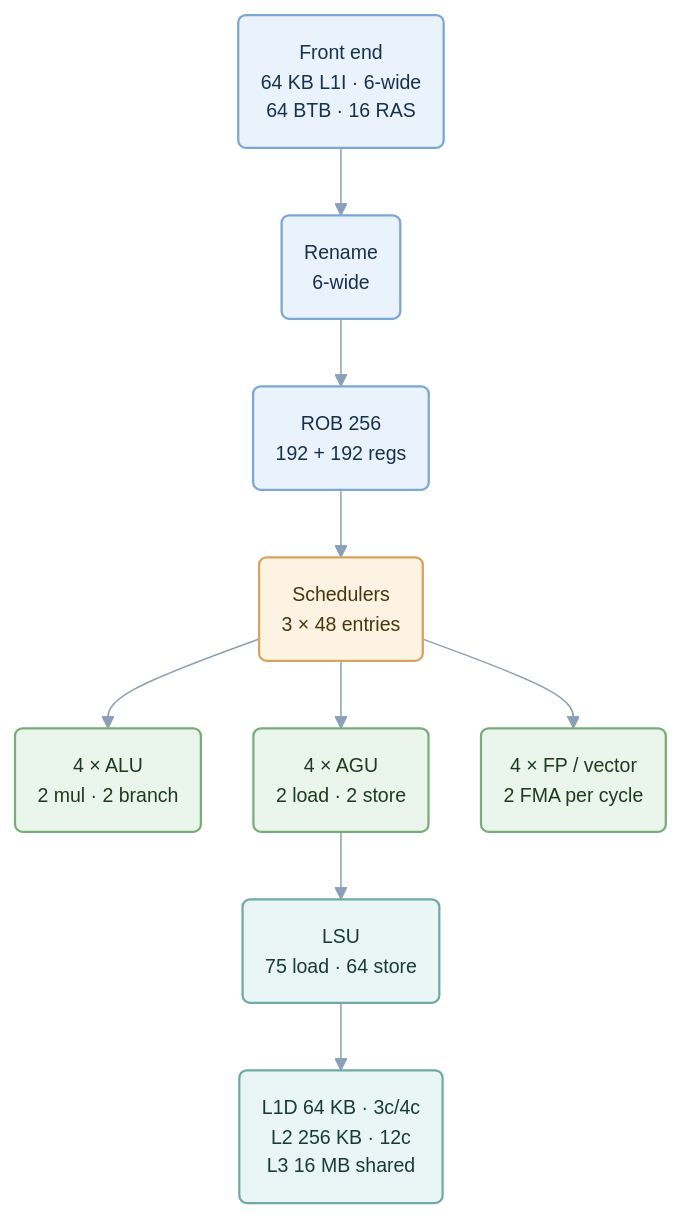
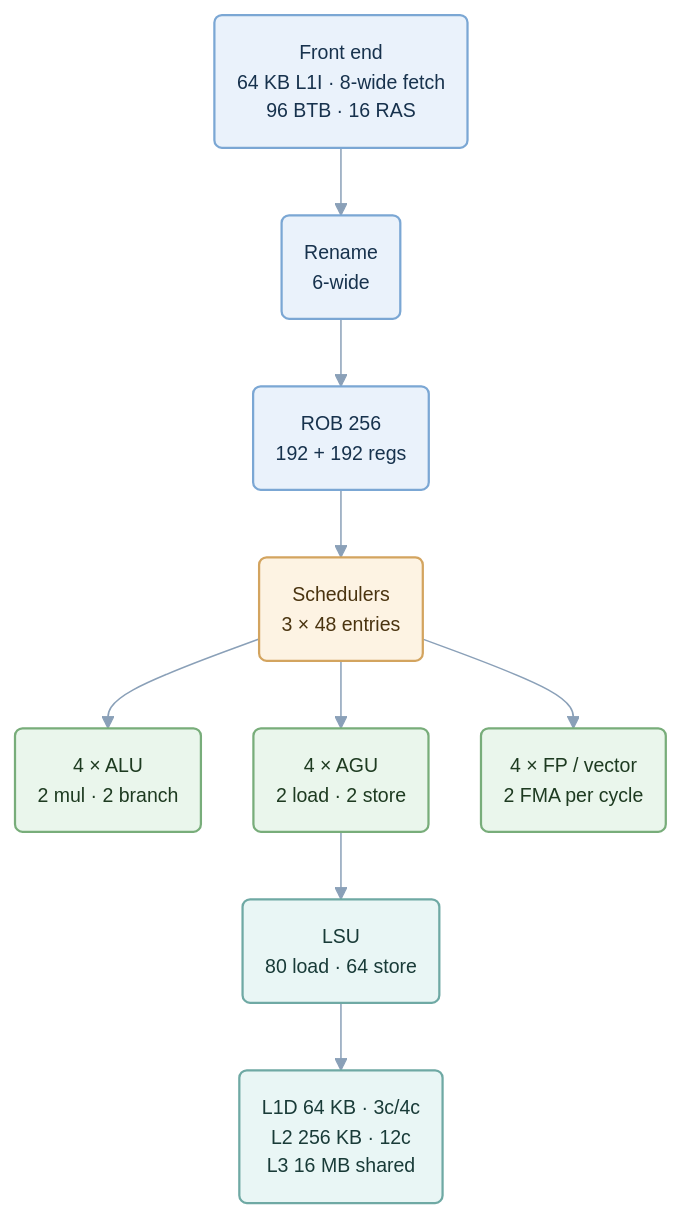
Before and after one commit to jiegec/unofficial-loongarch-software-optimization-guide: the first of 2 diagrams in docs/microarchitecture/block-diagram.md, drawn with Mermaid. The commit also changed other lines of this file and 2 other files, not shown here.

````diff
--- a/docs/microarchitecture/block-diagram.md
+++ b/docs/microarchitecture/block-diagram.md
@@ -11,29 +11,29 @@
 ```mermaid
 %%{init: {"theme":"base","flowchart":{"curve":"basis","nodeSpacing":35,"rankSpacing":45},"themeVariables":{"fontFamily":"Inter, Helvetica, Arial, sans-serif","fontSize":"13px","lineColor":"#8aa0b8","primaryTextColor":"#1f2937"}}}%%
 flowchart TB
-  FE("Front end<br/>64 KB L1I · 6-wide<br/>64 BTB · 16 RAS")
+  FE("Front end<br/>64 KB L1I · 8-wide fetch<br/>96 BTB · 16 RAS")
   REN("Rename<br/>6-wide")
   ROB("ROB 256<br/>192 + 192 regs")
   SCH("Schedulers<br/>3 × 48 entries")
   ALU("4 × ALU<br/>2 mul · 2 branch")
   AGU("4 × AGU<br/>2 load · 2 store")
   FPV("4 × FP / vector<br/>2 FMA per cycle")
-  LSU("LSU<br/>75 load · 64 store")
+  LSU("LSU<br/>80 load · 64 store")
   MEM("L1D 64 KB · 3c/4c<br/>L2 256 KB · 12c<br/>L3 16 MB shared")
 
   FE --> REN --> ROB --> SCH
   SCH --> ALU
   SCH --> AGU
   SCH --> FPV
   AGU --> LSU --> MEM
 
   classDef fe fill:#eaf2fb,stroke:#7ba7d4,stroke-width:1.5px,color:#17324d
   classDef be fill:#f2edfa,stroke:#9a86c4,stroke-width:1.5px,color:#2e2450
   classDef sc fill:#fdf3e3,stroke:#d3a45f,stroke-width:1.5px,color:#4a3410
   classDef ex fill:#eaf6ec,stroke:#78ad7a,stroke-width:1.5px,color:#1e3b21
   classDef mem fill:#e9f6f5,stroke:#6fa9a4,stroke-width:1.5px,color:#193b38
   class FE,REN,ROB fe
   class SCH sc
   class ALU,AGU,FPV ex
   class LSU,MEM mem
 ```
````
